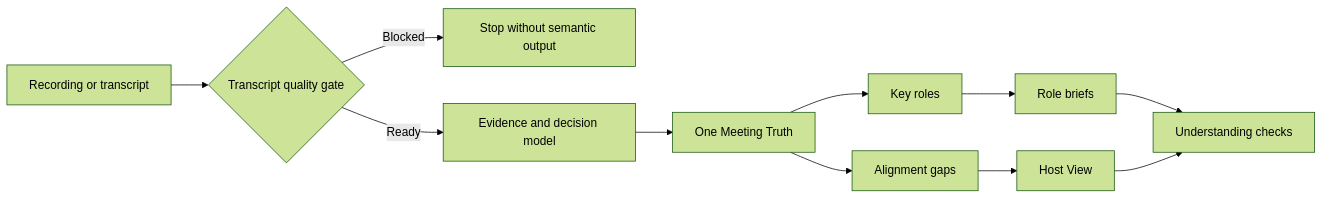
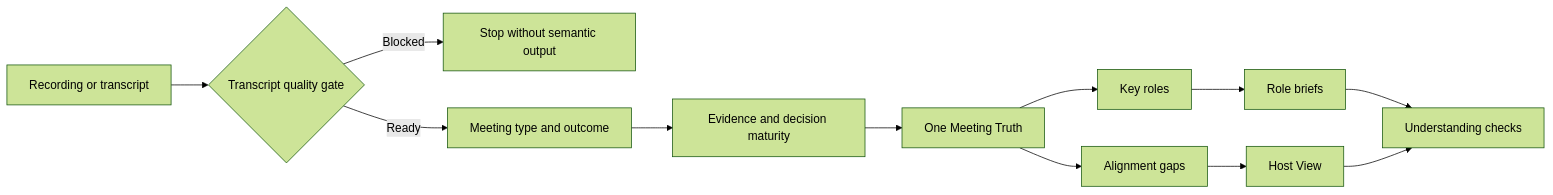
One commit to chiwinzhong/meeting-align changed the diagram in README.md. Above: the diagram before and after it, drawn with Mermaid (forest theme). The commit also changed other lines of this file and 35 other files, not shown here.

````diff
--- a/README.md
+++ b/README.md
@@ -81,13 +91,14 @@
 ```mermaid
 flowchart LR
     A["Recording or transcript"] --> B{"Transcript quality gate"}
     B -- "Blocked" --> X["Stop without semantic output"]
-    B -- "Ready" --> C["Evidence and decision model"]
-    C --> D["One Meeting Truth"]
-    D --> E["Key roles"]
-    D --> F["Alignment gaps"]
+    B -- "Ready" --> C["Meeting type and outcome"]
+    C --> D["Evidence and decision maturity"]
+    D --> T["One Meeting Truth"]
+    T --> E["Key roles"]
+    T --> F["Alignment gaps"]
     E --> G["Role briefs"]
     F --> H["Host View"]
     G --> I["Understanding checks"]
     H --> I
 ```
````
